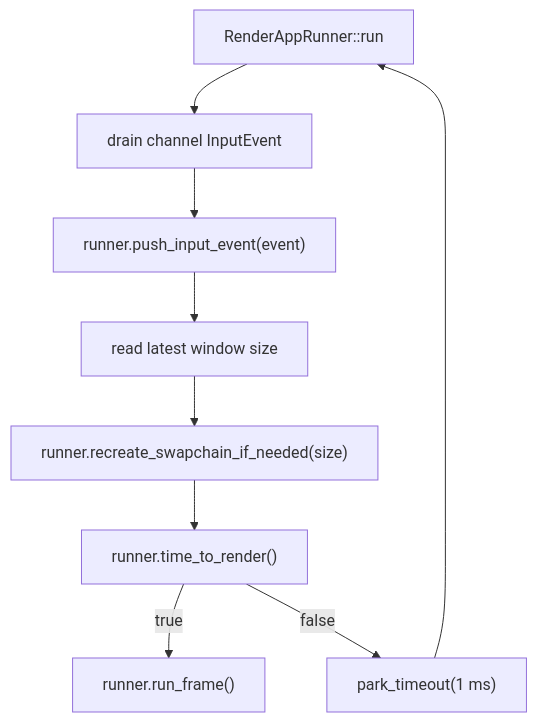
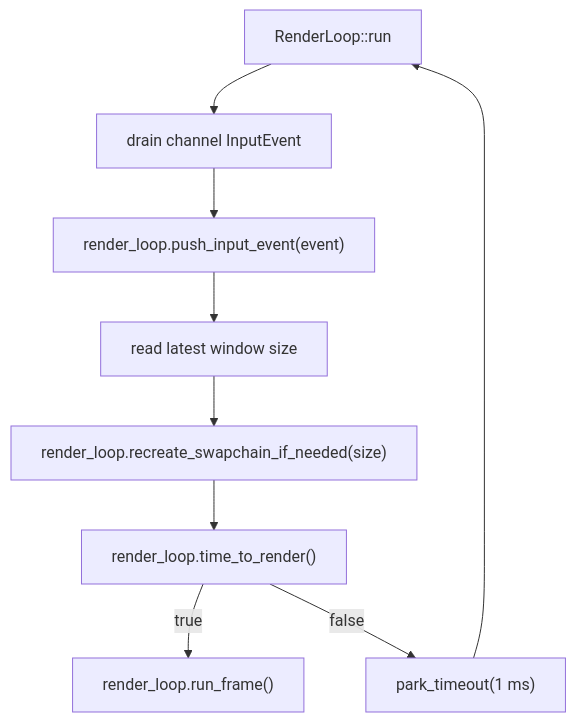
Before and after one commit to acccoco/TruvisRenderer: the third of 5 diagrams in docs/summaries/frame-lifecycle.md, drawn with Mermaid. The commit also changed other lines of this file and 102 other files, not shown here.

````diff
--- a/docs/summaries/frame-lifecycle.md
+++ b/docs/summaries/frame-lifecycle.md
@@ -67,11 +67,11 @@
 ```mermaid
 flowchart TD
-    RenderLoop["RenderAppRunner::run"] --> DrainInput["drain channel InputEvent"]
-    DrainInput --> PushInput["runner.push_input_event(event)"]
+    RenderLoop["RenderLoop::run"] --> DrainInput["drain channel InputEvent"]
+    DrainInput --> PushInput["render_loop.push_input_event(event)"]
     PushInput --> ReadSize["read latest window size"]
-    ReadSize --> RecreateSwapchain["runner.recreate_swapchain_if_needed(size)"]
-    RecreateSwapchain --> TimeToRender["runner.time_to_render()"]
-    TimeToRender -->|"true"| RunFrame["runner.run_frame()"]
+    ReadSize --> RecreateSwapchain["render_loop.recreate_swapchain_if_needed(size)"]
+    RecreateSwapchain --> TimeToRender["render_loop.time_to_render()"]
+    TimeToRender -->|"true"| RunFrame["render_loop.run_frame()"]
     TimeToRender -->|"false"| ShortPoll["park_timeout(1 ms)"]
     ShortPoll --> RenderLoop
 ```
````
